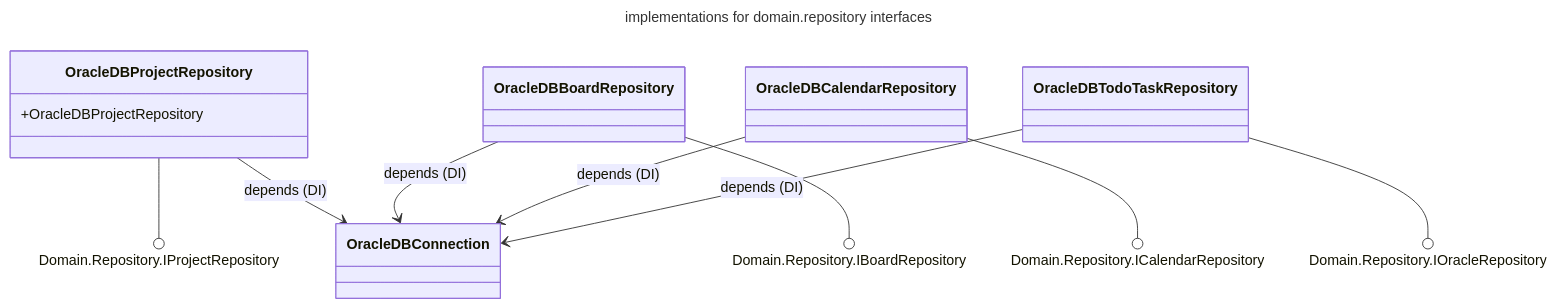
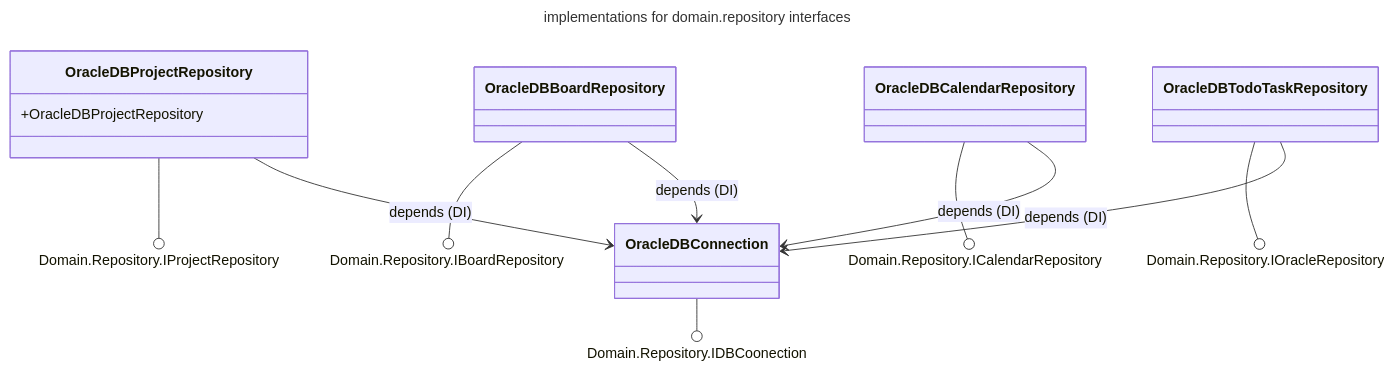
Before and after one commit to tadeas223/todo_list: the diagram in docs/uml/Data/Repository.md, drawn with Mermaid. The commit also changed 12 other files, not shown here.

````diff
--- a/docs/uml/Data/Repository.md
+++ b/docs/uml/Data/Repository.md
@@ -1,33 +1,34 @@
 ```mermaid
 ---
 title: implementations for domain.repository interfaces
 ---
 classDiagram
 direction TB
 
     class OracleDBConnection
 
     class OracleDBProjectRepository
     class OracleDBBoardRepository
     class OracleDBCalendarRepository
     class OracleDBTodoTaskRepository
     
+    OracleDBConnection --() Domain.Repository.IDBCoonection
     OracleDBProjectRepository --() Domain.Repository.IProjectRepository
     OracleDBBoardRepository --() Domain.Repository.IBoardRepository
     OracleDBCalendarRepository --() Domain.Repository.ICalendarRepository
     OracleDBTodoTaskRepository --() Domain.Repository.IOracleRepository
     
     OracleDBProjectRepository --> OracleDBConnection: depends (DI)
     OracleDBBoardRepository --> OracleDBConnection: depends (DI)
     OracleDBCalendarRepository --> OracleDBConnection: depends (DI)
     OracleDBTodoTaskRepository --> OracleDBConnection: depends (DI)
 
     class OracleDBProjectRepository {
         +OracleDBProjectRepository
     }
 
     class OracleDBBoardRepository
     class OracleDBCalendarRepository
     class OracleDBTodoTaskRepository
 
 ```
````
